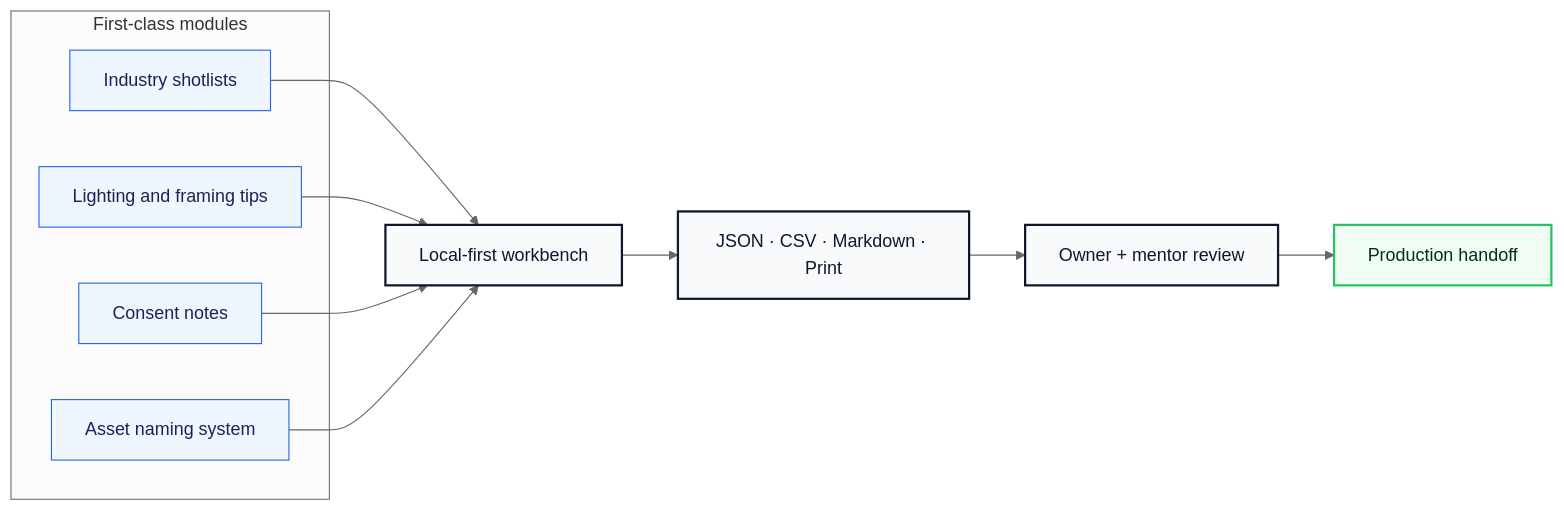
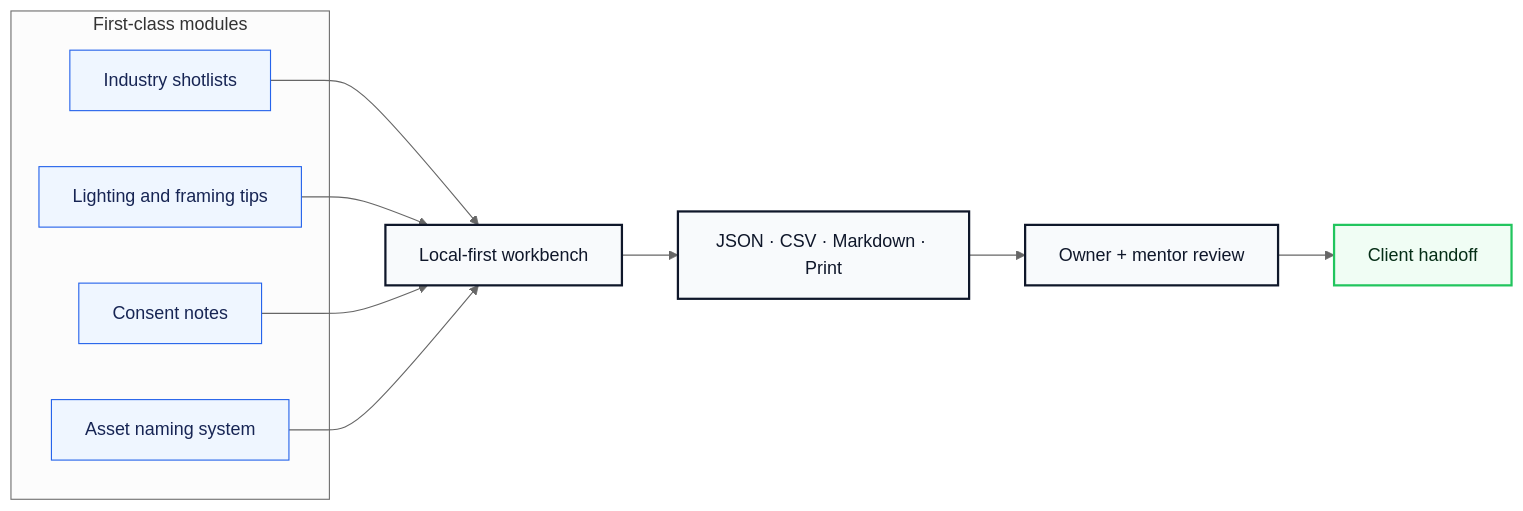
The second of 3 diagrams in README.md (volta-npo/photo-shotlist-maker), drawn with Mermaid (neutral theme) before and after one commit. The commit also changed other lines of this file and 28 other files, not shown here.

````diff
--- a/README.md
+++ b/README.md
@@ -64,23 +64,23 @@
 ```mermaid
 flowchart LR
     subgraph Modules["First-class modules"]
         M1["Industry shotlists"]
         M2["Lighting and framing tips"]
         M3["Consent notes"]
         M4["Asset naming system"]
     end
     M1 --> Workbench
     M2 --> Workbench
     M3 --> Workbench
     M4 --> Workbench
     Workbench["Local-first workbench"] --> Exports["JSON · CSV · Markdown · Print"]
     Exports --> Review["Owner + mentor review"]
-    Review --> Launch["Production handoff"]
+    Review --> Launch["Client handoff"]
 
     classDef module fill:#eff6ff,stroke:#2563eb,color:#172554;
     classDef app fill:#f8fafc,stroke:#0f172a,color:#0f172a,stroke-width:2px;
     classDef launch fill:#f0fdf4,stroke:#22c55e,color:#052e16,stroke-width:2px;
     class M1,M2,M3,M4 module;
     class Workbench,Exports,Review app;
     class Launch launch;
 ```
````
